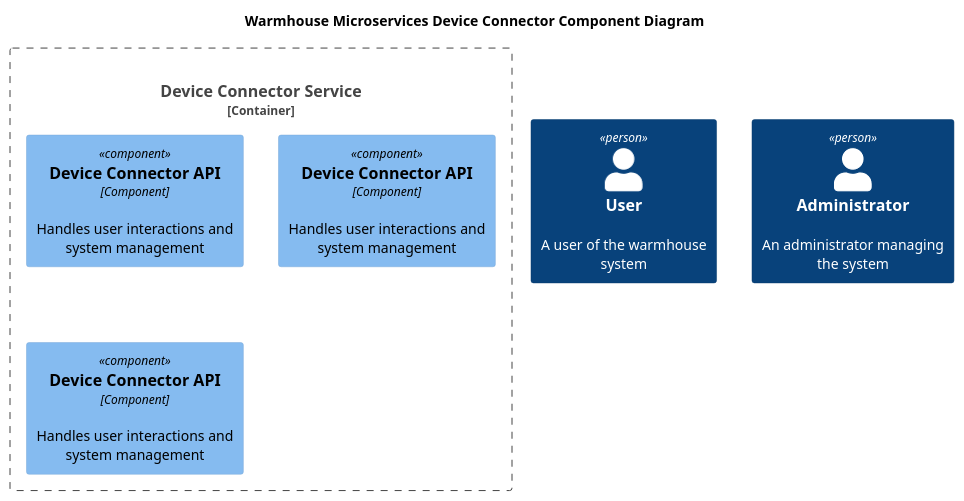
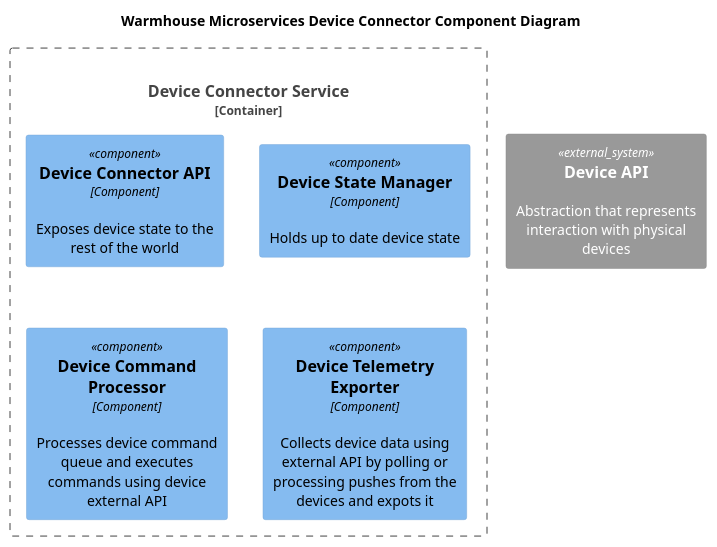
One commit to El-76/architect-warmhouse changed the diagram in schemas/MicroservicesComponent.puml. Above: the diagram before and after it, drawn with PlantUML. The commit also changed 6 other files, not shown here.

```diff
--- a/schemas/MicroservicesComponent.puml
+++ b/schemas/MicroservicesComponent.puml
@@ -1,21 +1,16 @@
 @startuml Microservices
 
 title Warmhouse Microservices Device Connector Component Diagram
 
 !include <C4/C4_Component>
 
-Person(User, "User", "A user of the warmhouse system")
-Person(Admin, "Administrator", "An administrator managing the system")
-'System(WarmhouseSystem, "Warmhouse System", "System managing, issuing commands to and collecting data from temperature sensors")
-
 Container_Boundary(DeviceConnectorService, "Device Connector Service", "Service", "Handles user interactions and system management") {
-    Component(API, "Device Connector API", "Component", "Handles user interactions and system management")
-    Component(StateHolder, "Device Connector API", "Component", "Handles user interactions and system management")
-    Component(Connector, "Device Connector API", "Component", "Handles user interactions and system management")
+    Component(API, "Device Connector API", "Component", "Exposes device state to the rest of the world")
+    Component(StateManager, "Device State Manager", "Component", "Holds up to date device state")
+    Component(CommandProcessor, "Device Command Processor", "Component", "Processes device command queue and executes commands using device external API")
+    Component(TelemetryExporter, "Device Telemetry Exporter", "Component", "Collects device data using external API by polling or processing pushes from the devices and expots it")
 }
 
-
-
-
+System_Ext(DeviceAPI, "Device API", "Abstraction that represents interaction with physical devices")
 
 @enduml
```
